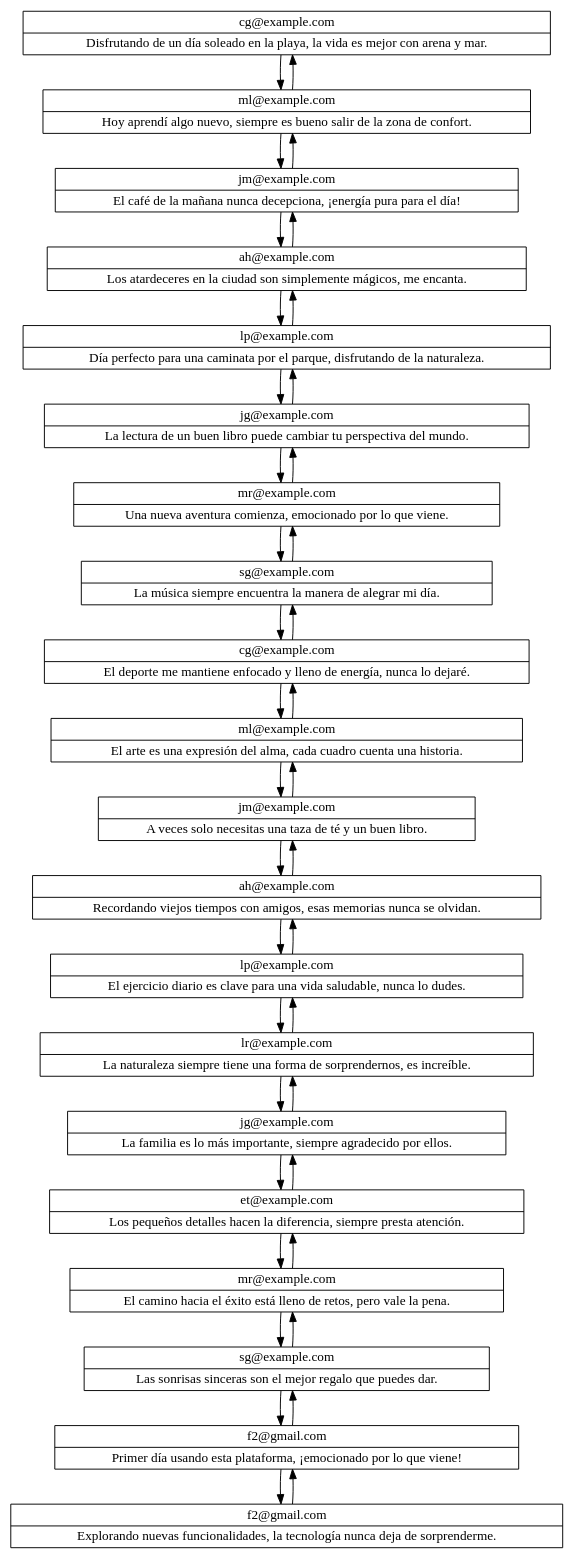
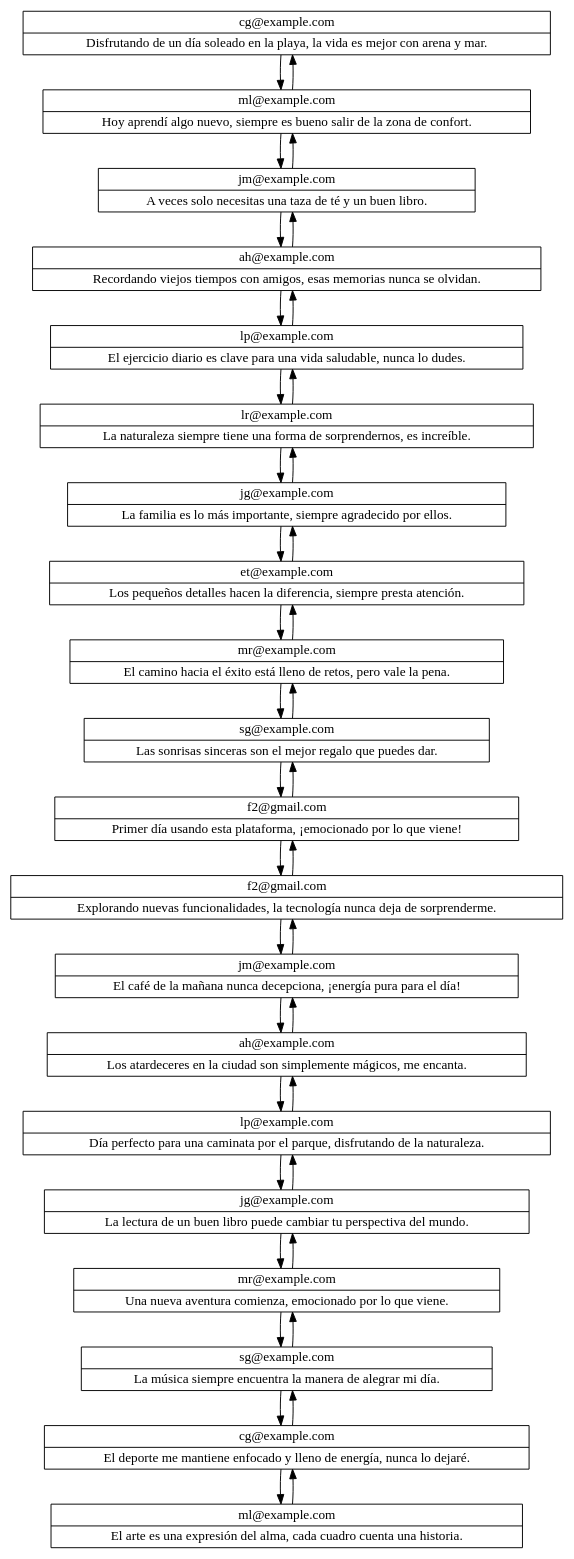
Before and after one commit to Kevin-alvarez1/PROYECTO_MULTIFASES_RED_SOCIAL: the diagram in Fase3/main/build/Desktop_Qt_6_7_2_MinGW_64_bit-Debug/ListaDoblePublis.dot, drawn with Graphviz. The commit also changed 73 other files, not shown here.

```diff
--- a/Fase3/main/build/Desktop_Qt_6_7_2_MinGW_64_bit-Debug/ListaDoblePublis.dot
+++ b/Fase3/main/build/Desktop_Qt_6_7_2_MinGW_64_bit-Debug/ListaDoblePublis.dot
@@ -1,61 +1,61 @@
 digraph G {
   node [shape=record];
   nodo0 [label="{cg@example.com | Disfrutando de un día soleado en la playa, la vida es mejor con arena y mar.}"];
   nodo0 -> nodo1;
   nodo1 -> nodo0;
   nodo1 [label="{ml@example.com | Hoy aprendí algo nuevo, siempre es bueno salir de la zona de confort.}"];
   nodo1 -> nodo2;
   nodo2 -> nodo1;
-  nodo2 [label="{jm@example.com | El café de la mañana nunca decepciona, ¡energía pura para el día!}"];
+  nodo2 [label="{jm@example.com | A veces solo necesitas una taza de té y un buen libro.}"];
   nodo2 -> nodo3;
   nodo3 -> nodo2;
-  nodo3 [label="{ah@example.com | Los atardeceres en la ciudad son simplemente mágicos, me encanta.}"];
+  nodo3 [label="{ah@example.com | Recordando viejos tiempos con amigos, esas memorias nunca se olvidan.}"];
   nodo3 -> nodo4;
   nodo4 -> nodo3;
-  nodo4 [label="{lp@example.com | Día perfecto para una caminata por el parque, disfrutando de la naturaleza.}"];
+  nodo4 [label="{lp@example.com | El ejercicio diario es clave para una vida saludable, nunca lo dudes.}"];
   nodo4 -> nodo5;
   nodo5 -> nodo4;
-  nodo5 [label="{jg@example.com | La lectura de un buen libro puede cambiar tu perspectiva del mundo.}"];
+  nodo5 [label="{lr@example.com | La naturaleza siempre tiene una forma de sorprendernos, es increíble.}"];
   nodo5 -> nodo6;
   nodo6 -> nodo5;
-  nodo6 [label="{mr@example.com | Una nueva aventura comienza, emocionado por lo que viene.}"];
+  nodo6 [label="{jg@example.com | La familia es lo más importante, siempre agradecido por ellos.}"];
   nodo6 -> nodo7;
   nodo7 -> nodo6;
-  nodo7 [label="{sg@example.com | La música siempre encuentra la manera de alegrar mi día.}"];
+  nodo7 [label="{et@example.com | Los pequeños detalles hacen la diferencia, siempre presta atención.}"];
   nodo7 -> nodo8;
   nodo8 -> nodo7;
-  nodo8 [label="{cg@example.com | El deporte me mantiene enfocado y lleno de energía, nunca lo dejaré.}"];
+  nodo8 [label="{mr@example.com | El camino hacia el éxito está lleno de retos, pero vale la pena.}"];
   nodo8 -> nodo9;
   nodo9 -> nodo8;
-  nodo9 [label="{ml@example.com | El arte es una expresión del alma, cada cuadro cuenta una historia.}"];
+  nodo9 [label="{sg@example.com | Las sonrisas sinceras son el mejor regalo que puedes dar.}"];
   nodo9 -> nodo10;
   nodo10 -> nodo9;
-  nodo10 [label="{jm@example.com | A veces solo necesitas una taza de té y un buen libro.}"];
+  nodo10 [label="{f2@gmail.com | Primer día usando esta plataforma, ¡emocionado por lo que viene!}"];
   nodo10 -> nodo11;
   nodo11 -> nodo10;
-  nodo11 [label="{ah@example.com | Recordando viejos tiempos con amigos, esas memorias nunca se olvidan.}"];
+  nodo11 [label="{f2@gmail.com | Explorando nuevas funcionalidades, la tecnología nunca deja de sorprenderme.}"];
   nodo11 -> nodo12;
   nodo12 -> nodo11;
-  nodo12 [label="{lp@example.com | El ejercicio diario es clave para una vida saludable, nunca lo dudes.}"];
+  nodo12 [label="{jm@example.com | El café de la mañana nunca decepciona, ¡energía pura para el día!}"];
   nodo12 -> nodo13;
   nodo13 -> nodo12;
-  nodo13 [label="{lr@example.com | La naturaleza siempre tiene una forma de sorprendernos, es increíble.}"];
+  nodo13 [label="{ah@example.com | Los atardeceres en la ciudad son simplemente mágicos, me encanta.}"];
   nodo13 -> nodo14;
   nodo14 -> nodo13;
-  nodo14 [label="{jg@example.com | La familia es lo más importante, siempre agradecido por ellos.}"];
+  nodo14 [label="{lp@example.com | Día perfecto para una caminata por el parque, disfrutando de la naturaleza.}"];
   nodo14 -> nodo15;
   nodo15 -> nodo14;
-  nodo15 [label="{et@example.com | Los pequeños detalles hacen la diferencia, siempre presta atención.}"];
+  nodo15 [label="{jg@example.com | La lectura de un buen libro puede cambiar tu perspectiva del mundo.}"];
   nodo15 -> nodo16;
   nodo16 -> nodo15;
-  nodo16 [label="{mr@example.com | El camino hacia el éxito está lleno de retos, pero vale la pena.}"];
+  nodo16 [label="{mr@example.com | Una nueva aventura comienza, emocionado por lo que viene.}"];
   nodo16 -> nodo17;
   nodo17 -> nodo16;
-  nodo17 [label="{sg@example.com | Las sonrisas sinceras son el mejor regalo que puedes dar.}"];
+  nodo17 [label="{sg@example.com | La música siempre encuentra la manera de alegrar mi día.}"];
   nodo17 -> nodo18;
   nodo18 -> nodo17;
-  nodo18 [label="{f2@gmail.com | Primer día usando esta plataforma, ¡emocionado por lo que viene!}"];
+  nodo18 [label="{cg@example.com | El deporte me mantiene enfocado y lleno de energía, nunca lo dejaré.}"];
   nodo18 -> nodo19;
   nodo19 -> nodo18;
-  nodo19 [label="{f2@gmail.com | Explorando nuevas funcionalidades, la tecnología nunca deja de sorprenderme.}"];
+  nodo19 [label="{ml@example.com | El arte es una expresión del alma, cada cuadro cuenta una historia.}"];
 }
```
